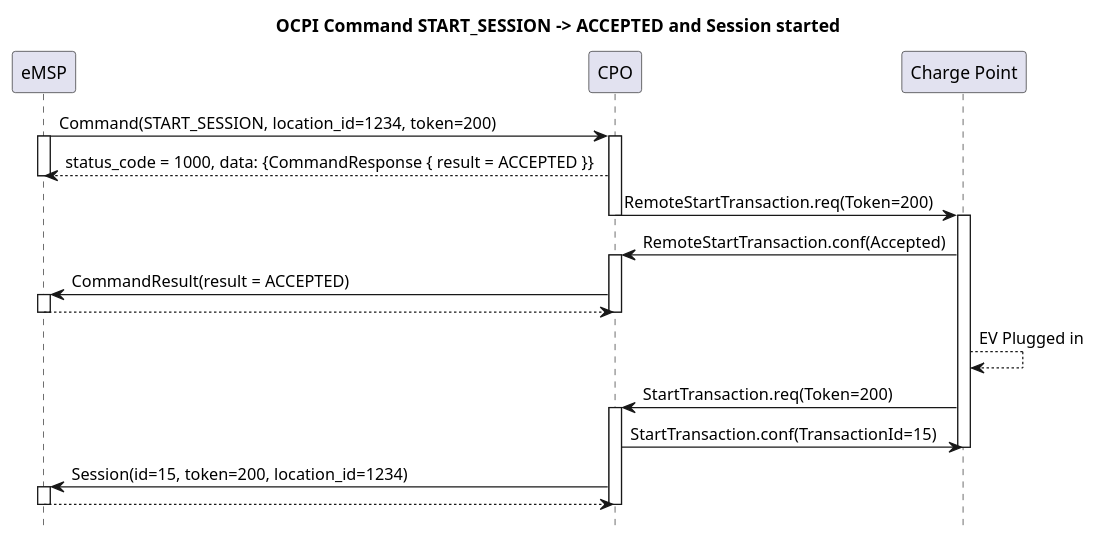
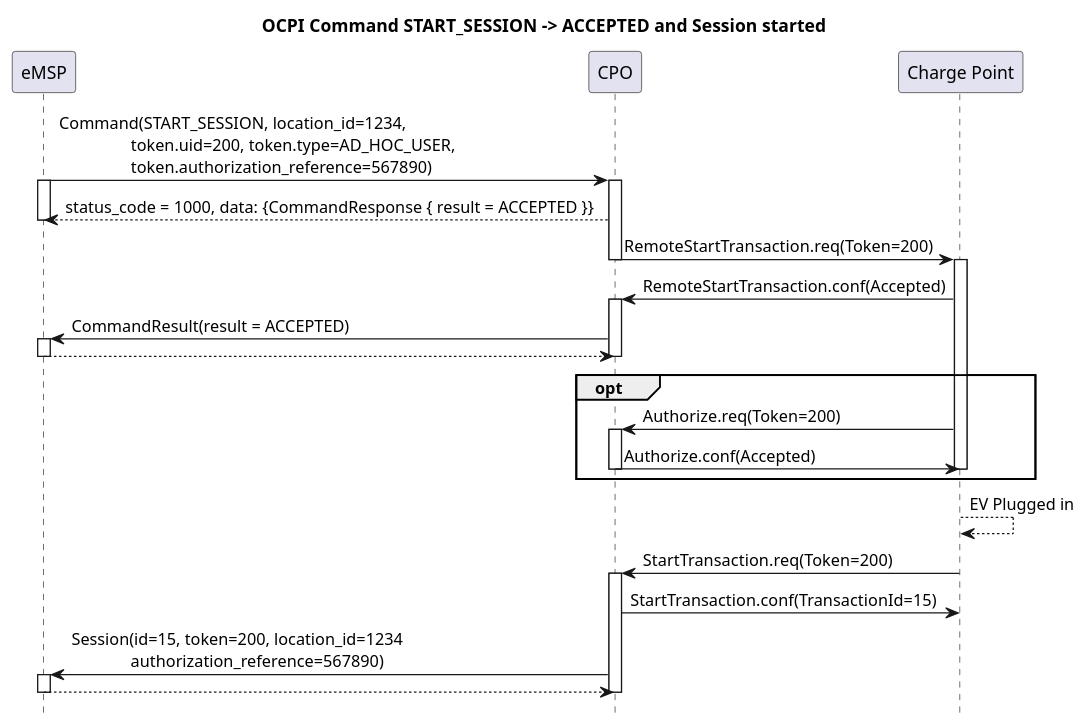
Before and after one commit to ocpi/ocpi: the diagram in plantuml/command_start_session_succesful.plantuml, drawn with PlantUML. The commit also changed 7 other files, not shown here.

First line of the commit message:
Fixed Command StartSession sequence diagrams to nolonger contain real-time authorization

```diff
--- a/plantuml/command_start_session_succesful.plantuml
+++ b/plantuml/command_start_session_succesful.plantuml
@@ -1,38 +1,46 @@
 @startuml
 title OCPI Command START_SESSION -> ACCEPTED and Session started
 hide footbox
 
 participant eMSP
 participant CPO
 participant "Charge Point" as CP
 
-eMSP ->  CPO:  Command(START_SESSION, location_id=1234, token=200)
+eMSP ->  CPO:  Command(START_SESSION, location_id=1234,\n                 token.uid=200, token.type=AD_HOC_USER,\n                 token.authorization_reference=567890)
 activate eMSP
 activate CPO
 CPO  --> eMSP: status_code = 1000, data: {CommandResponse { result = ACCEPTED }}
 deactivate eMSP
 
 CPO  ->  CP:   RemoteStartTransaction.req(Token=200)
 deactivate CPO
 activate CP
 CP   ->  CPO:  RemoteStartTransaction.conf(Accepted)
 activate CPO
 CPO  ->  eMSP: CommandResult(result = ACCEPTED)
 activate eMSP
 eMSP --> CPO: 
 deactivate CPO
 deactivate eMSP
 
+opt
+  CP   ->  CPO:  Authorize.req(Token=200)
+  activate CPO
+  CPO  ->  CP:   Authorize.conf(Accepted)
+  deactivate CP
+  deactivate CPO
+end
+
 CP   --> CP: EV Plugged in
 
 CP   ->  CPO:  StartTransaction.req(Token=200)
 activate CPO
 CPO  ->  CP:   StartTransaction.conf(TransactionId=15)
 deactivate CP
-CPO  ->  eMSP: Session(id=15, token=200, location_id=1234)
+CPO  ->  eMSP: Session(id=15, token=200, location_id=1234\n              authorization_reference=567890)
 activate eMSP
 eMSP --> CPO: 
 deactivate CPO
 deactivate eMSP
 
 @enduml
```
